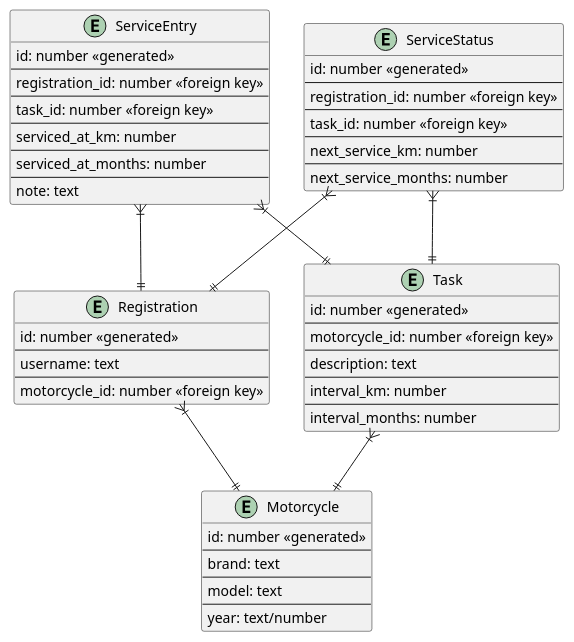
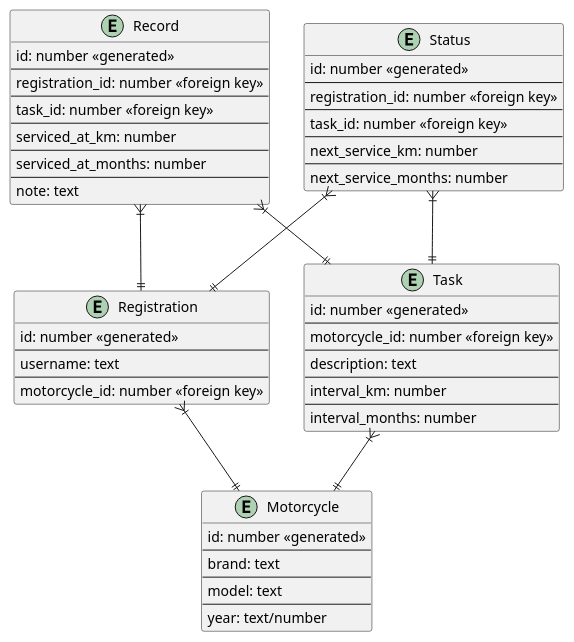
Before and after one commit to git-jasper/graphql: the diagram in diagrams/entity-diagram.puml, drawn with PlantUML. The commit also changed 1 other file, not shown here.

```diff
--- a/diagrams/entity-diagram.puml
+++ b/diagrams/entity-diagram.puml
@@ -1,65 +1,65 @@
 @startuml
 
 entity "Registration" as R {
 id: number <<generated>>
 --
 username: text
 --
 motorcycle_id: number <<foreign key>>
 }
 
 entity "Motorcycle" as M {
 id: number <<generated>>
 --
 brand: text
 --
 model: text
 --
 year: text/number
 }
 
 entity "Task" as T {
 id: number <<generated>>
 --
 motorcycle_id: number <<foreign key>>
 --
 description: text
 --
 interval_km: number
 --
 interval_months: number
 }
 
-entity "ServiceEntry" as SE {
+entity "Record" as SE {
 id: number <<generated>>
 --
 registration_id: number <<foreign key>>
 --
 task_id: number <<foreign key>>
 --
 serviced_at_km: number
 --
 serviced_at_months: number
 --
 note: text
 }
 
-entity "ServiceStatus" as SS  {
+entity "Status" as SS  {
 id: number <<generated>>
 --
 registration_id: number <<foreign key>>
 --
 task_id: number <<foreign key>>
 --
 next_service_km: number
 --
 next_service_months: number
 }
 
 R }|--|| M
 T }|--|| M
 SE }|--|| R
 SE }|--|| T
 SS }|--|| R
 SS }|--|| T
 @enduml
```
